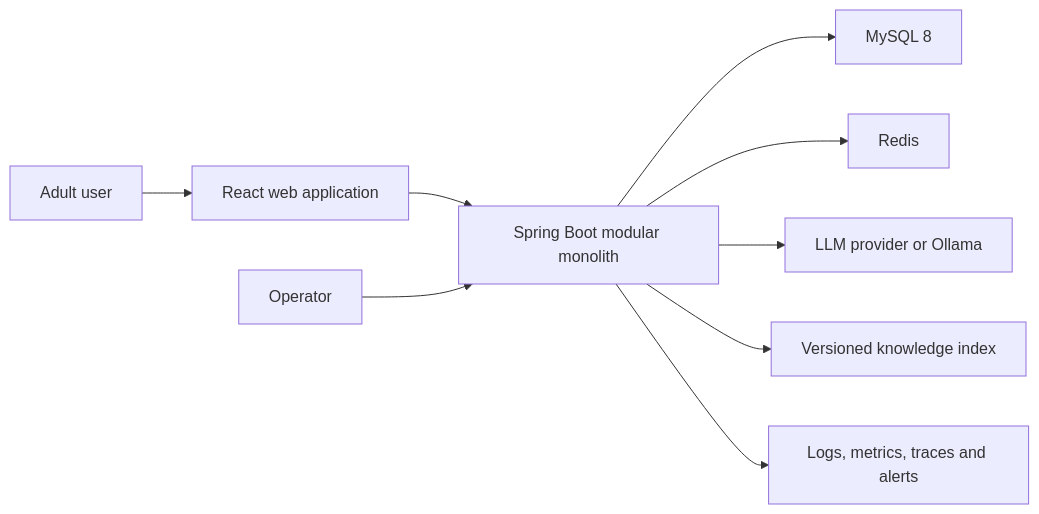
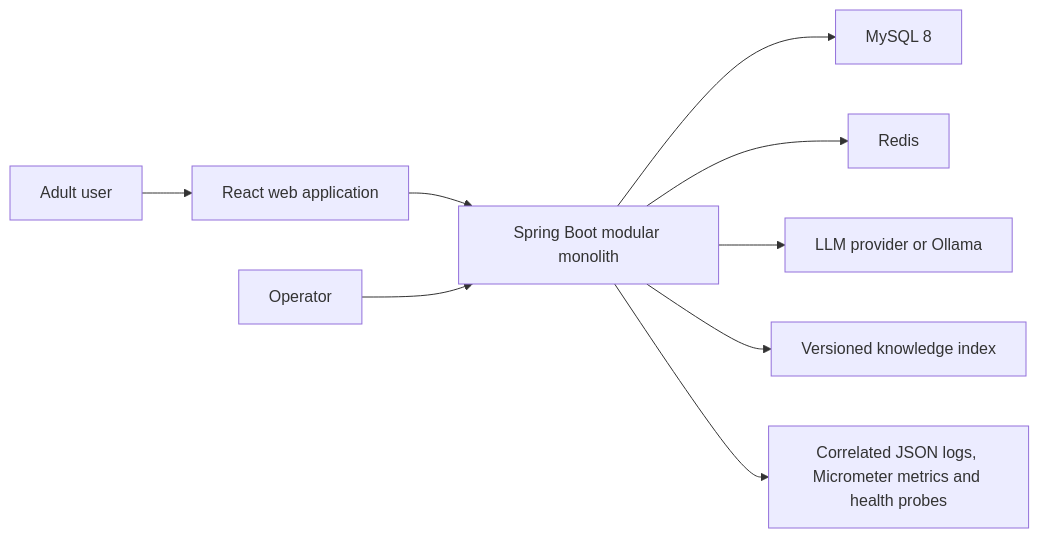
One commit to WilliamClifton-dev/java-ai-langchain4j changed the first of 2 diagrams in docs/architecture/hbti-coach-architecture.md. Above: the diagram before and after it, drawn with Mermaid. The commit also changed other lines of this file and 7 other files, not shown here.

````diff
--- a/docs/architecture/hbti-coach-architecture.md
+++ b/docs/architecture/hbti-coach-architecture.md
@@ -48,11 +49,11 @@
 ```mermaid
 flowchart LR
     U["Adult user"] --> W["React web application"]
     W --> A["Spring Boot modular monolith"]
     A --> M["MySQL 8"]
     A --> R["Redis"]
     A --> L["LLM provider or Ollama"]
     A --> V["Versioned knowledge index"]
     O["Operator"] --> A
-    A --> T["Logs, metrics, traces and alerts"]
+    A --> T["Correlated JSON logs, Micrometer metrics and health probes"]
 ```
````
